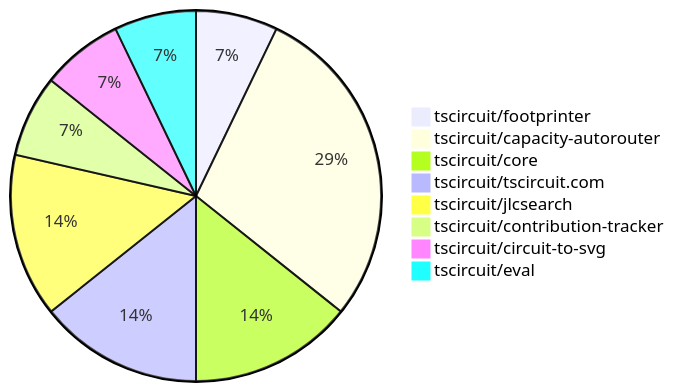
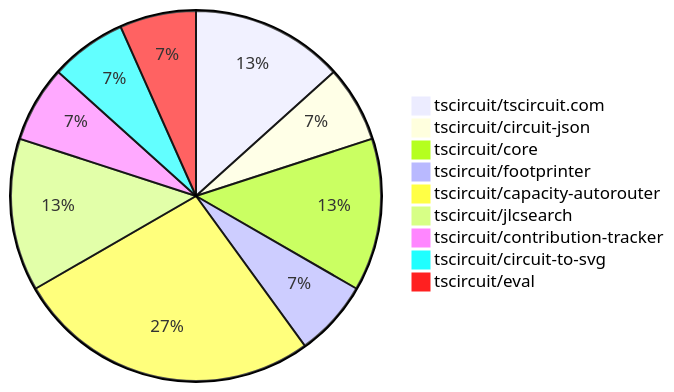
One commit to tscircuit/contribution-tracker changed the diagram in README.md. Above: the diagram before and after it, drawn with Mermaid. The commit also changed other lines of this file and 2 other files, not shown here.

````diff
--- a/README.md
+++ b/README.md
@@ -24,11 +24,12 @@
 ```mermaid
 pie
+    "tscircuit/tscircuit.com" : 2
+    "tscircuit/circuit-json" : 1
+    "tscircuit/core" : 2
     "tscircuit/footprinter" : 1
     "tscircuit/capacity-autorouter" : 4
-    "tscircuit/core" : 2
-    "tscircuit/tscircuit.com" : 2
     "tscircuit/jlcsearch" : 2
     "tscircuit/contribution-tracker" : 1
     "tscircuit/circuit-to-svg" : 1
     "tscircuit/eval" : 1
 ```
````
